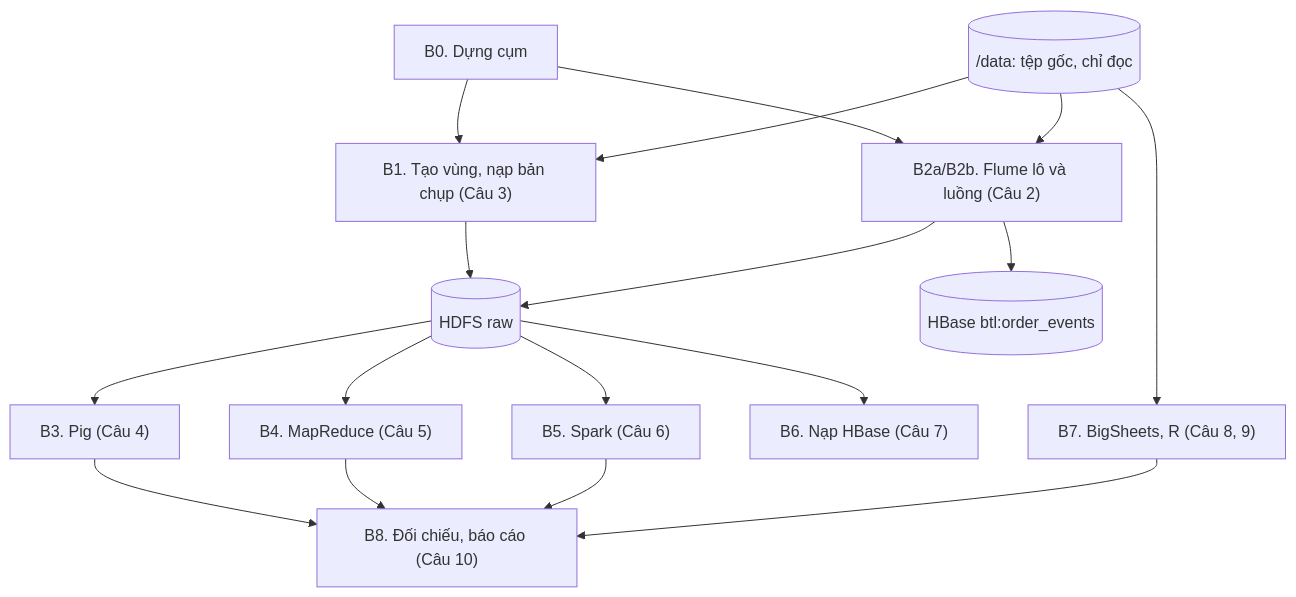
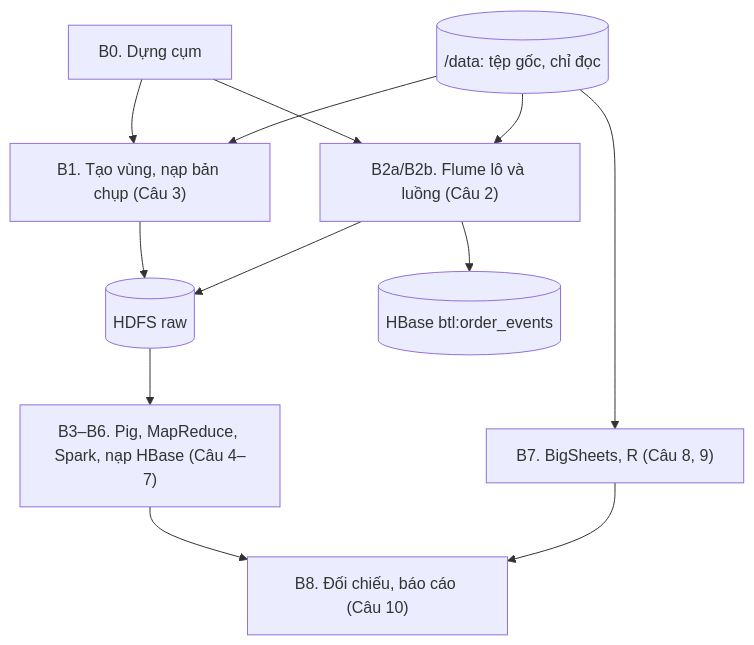
The first of 2 diagrams in report/sections/33-pipeline.md (ariushieu/ecommerce-bigdata-pipeline), drawn with Mermaid before and after one commit. The commit also changed other lines of this file and 32 other files, not shown here.

````diff
--- a/report/sections/33-pipeline.md
+++ b/report/sections/33-pipeline.md
@@ -7,25 +7,18 @@
 ```mermaid
 flowchart TB
   D[("/data: tệp gốc, chỉ đọc")]
   B0["B0. Dựng cụm"]
   B1["B1. Tạo vùng, nạp bản chụp (Câu 3)"]
   B2["B2a/B2b. Flume lô và luồng (Câu 2)"]
   RAW[("HDFS raw")]
   HBE[("HBase btl:order_events")]
-  B3["B3. Pig (Câu 4)"]
-  B4["B4. MapReduce (Câu 5)"]
-  B5["B5. Spark (Câu 6)"]
-  B6["B6. Nạp HBase (Câu 7)"]
+  B36["B3–B6. Pig, MapReduce, Spark, nạp HBase (Câu 4–7)"]
   B7["B7. BigSheets, R (Câu 8, 9)"]
   B8["B8. Đối chiếu, báo cáo (Câu 10)"]
-  B0 --> B1
-  B0 --> B2
-  D --> B1
-  D --> B2
-  D --> B7
+  B0 --> B1 & B2
+  D --> B1 & B2 & B7
   B1 --> RAW
-  B2 --> RAW
-  B2 --> HBE
-  RAW --> B3 & B4 & B5 & B6
-  B3 & B4 & B5 & B7 --> B8
+  B2 --> RAW & HBE
+  RAW --> B36
+  B36 & B7 --> B8
 ```
````
